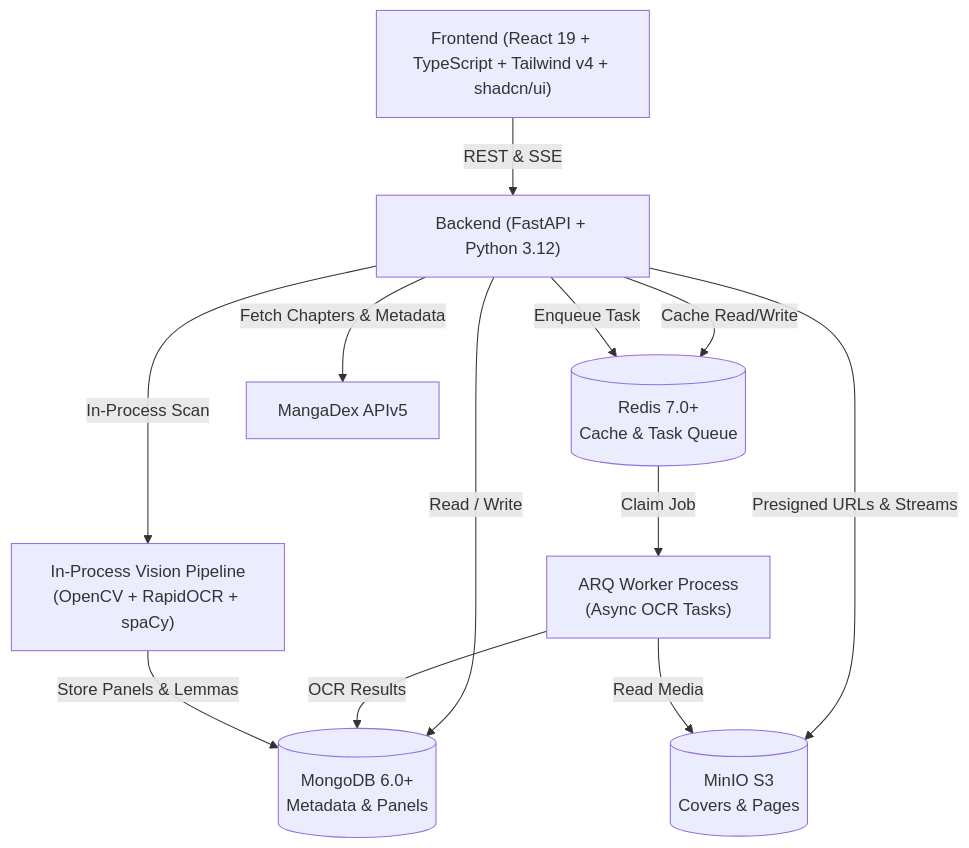
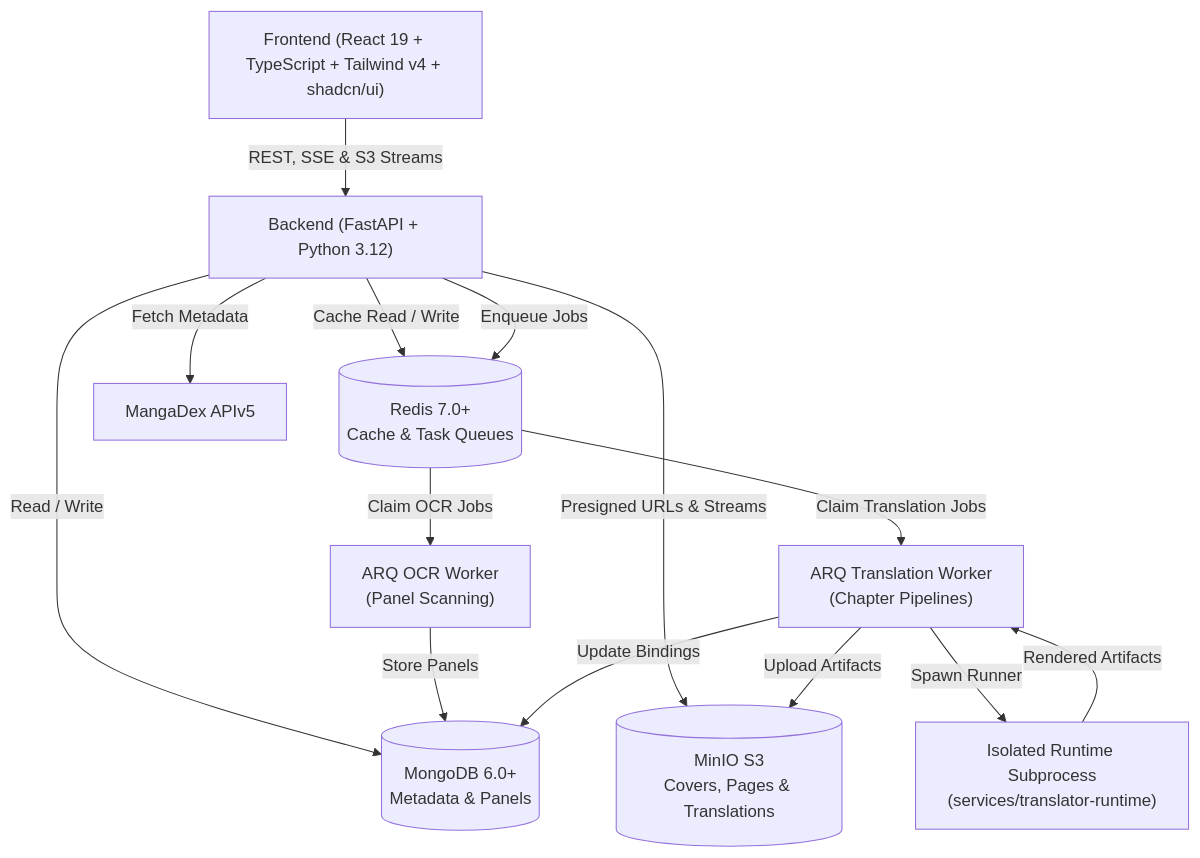
One commit to huyxuantruong1411/Manga-Reviews-Management changed the diagram in README.md. Above: the diagram before and after it, drawn with Mermaid. The commit also changed other lines of this file and 51 other files, not shown here.

First line of the commit message:
feat(translation): integrate Manga Reader Translation Studio, isolated runtime envelope and reader comparison

````diff
--- a/README.md
+++ b/README.md
@@ -92,23 +95,26 @@
 ```mermaid
 flowchart TD
     Client["Frontend (React 19 + TypeScript + Tailwind v4 + shadcn/ui)"]
     API["Backend (FastAPI + Python 3.12)"]
     Mongo[("MongoDB 6.0+\nMetadata & Panels")]
-    MinIO[("MinIO S3\nCovers & Pages")]
-    Redis[("Redis 7.0+\nCache & Task Queue")]
-    Worker["ARQ Worker Process\n(Async OCR Tasks)"]
+    MinIO[("MinIO S3\nCovers, Pages & Translations")]
+    Redis[("Redis 7.0+\nCache & Task Queues")]
+    WorkerOCR["ARQ OCR Worker\n(Panel Scanning)"]
+    WorkerTrans["ARQ Translation Worker\n(Chapter Pipelines)"]
+    Runtime["Isolated Runtime Subprocess\n(services/translator-runtime)"]
     DexAPI["MangaDex APIv5"]
-    Vision["In-Process Vision Pipeline\n(OpenCV + RapidOCR + spaCy)"]
 
-    Client -->|REST & SSE| API
+    Client -->|REST, SSE & S3 Streams| API
     API -->|Read / Write| Mongo
     API -->|Presigned URLs & Streams| MinIO
-    API -->|Cache Read/Write| Redis
-    API -->|Enqueue Task| Redis
-    Redis -->|Claim Job| Worker
-    Worker -->|OCR Results| Mongo
-    Worker -->|Read Media| MinIO
-    API -->|Fetch Chapters & Metadata| DexAPI
-    API -->|In-Process Scan| Vision
-    Vision -->|Store Panels & Lemmas| Mongo
+    API -->|Cache Read / Write| Redis
+    API -->|Enqueue Jobs| Redis
+    Redis -->|Claim OCR Jobs| WorkerOCR
+    Redis -->|Claim Translation Jobs| WorkerTrans
+    WorkerOCR -->|Store Panels| Mongo
+    WorkerTrans -->|Spawn Runner| Runtime
+    Runtime -->|Rendered Artifacts| WorkerTrans
+    WorkerTrans -->|Upload Artifacts| MinIO
+    WorkerTrans -->|Update Bindings| Mongo
+    API -->|Fetch Metadata| DexAPI
 ```
````
